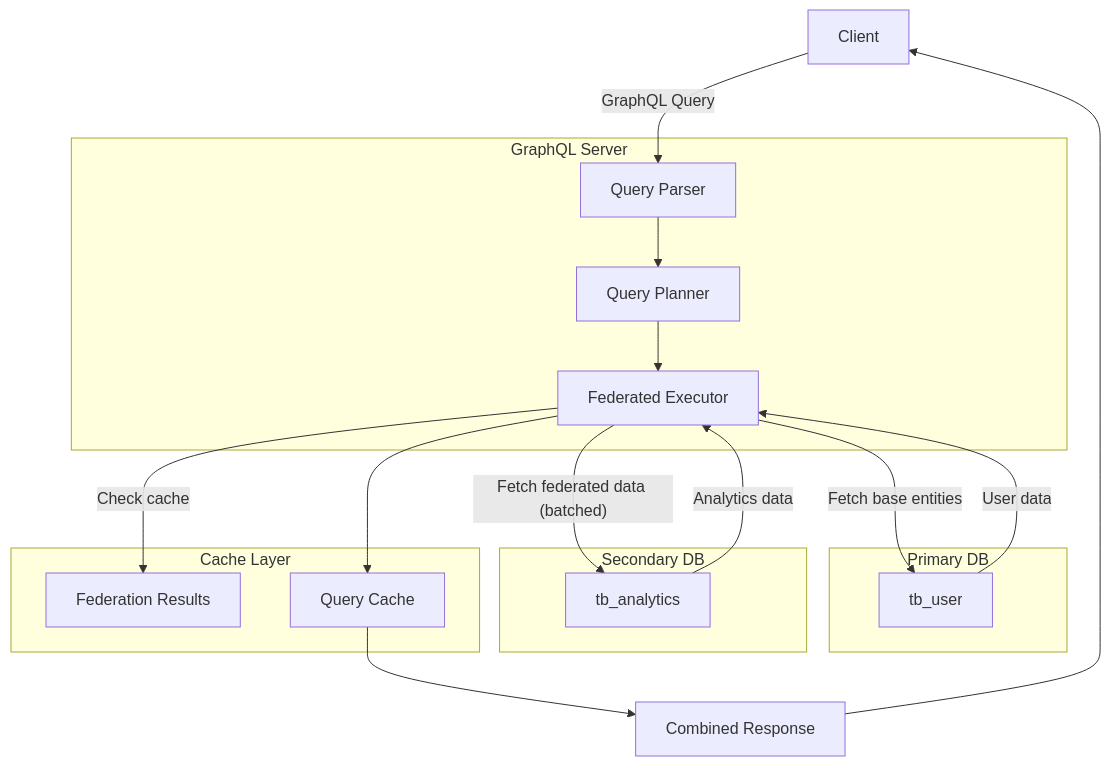
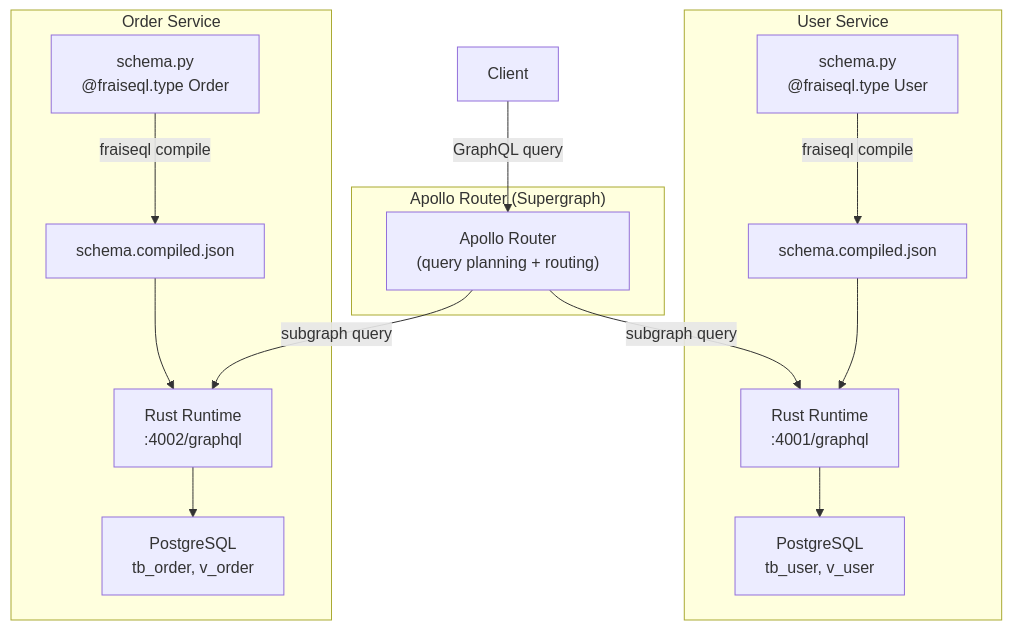
The diagram in src/content/docs/guides/advanced-federation.mdx (fraiseql/fraiseql-docs), drawn with Mermaid before and after one commit. The commit also changed other lines of this file and 122 other files, not shown here.

````diff
--- a/src/content/docs/guides/advanced-federation.mdx
+++ b/src/content/docs/guides/advanced-federation.mdx
@@ -14,38 +14,32 @@
 ```mermaid
 graph TD
   client["Client"]
 
-  subgraph FRAISEQL["GraphQL Server"]
-    parser["Query Parser"]
-    planner["Query Planner"]
-    executor["Federated Executor"]
+  subgraph SUPERGRAPH["Apollo Router (Supergraph)"]
+    router["Apollo Router\n(query planning + routing)"]
   end
 
-  subgraph PRIMARY_DB["Primary DB"]
-    tb_user["tb_user"]
+  subgraph USER_SVC["User Service"]
+    user_py["schema.py\n@fraiseql.type User"]
+    user_compiled["schema.compiled.json"]
+    user_rust["Rust Runtime\n:4001/graphql"]
+    user_db["PostgreSQL\ntb_user, v_user"]
   end
 
-  subgraph SECONDARY_DB["Secondary DB"]
-    tb_analytics["tb_analytics"]
+  subgraph ORDER_SVC["Order Service"]
+    order_py["schema.py\n@fraiseql.type Order"]
+    order_compiled["schema.compiled.json"]
+    order_rust["Rust Runtime\n:4002/graphql"]
+    order_db["PostgreSQL\ntb_order, v_order"]
   end
 
-  subgraph CACHE["Cache Layer"]
-    fed_cache["Federation Results"]
-    q_cache["Query Cache"]
-  end
+  client -- "GraphQL query" --> router
+  router -- "subgraph query" --> user_rust
+  router -- "subgraph query" --> order_rust
 
-  response["Combined Response"]
+  user_py -- "fraiseql compile" --> user_compiled --> user_rust
+  order_py -- "fraiseql compile" --> order_compiled --> order_rust
 
-  client -- "GraphQL Query" --> parser
-  parser --> planner --> executor
-
-  executor -- "Check cache" --> fed_cache
-  executor -- "Fetch base entities" --> tb_user
-  executor -- "Fetch federated data (batched)" --> tb_analytics
-
-  tb_user -- "User data" --> executor
-  tb_analytics -- "Analytics data" --> executor
-
-  executor --> q_cache --> response
-  response --> client
+  user_rust --> user_db
+  order_rust --> order_db
 ```
````
